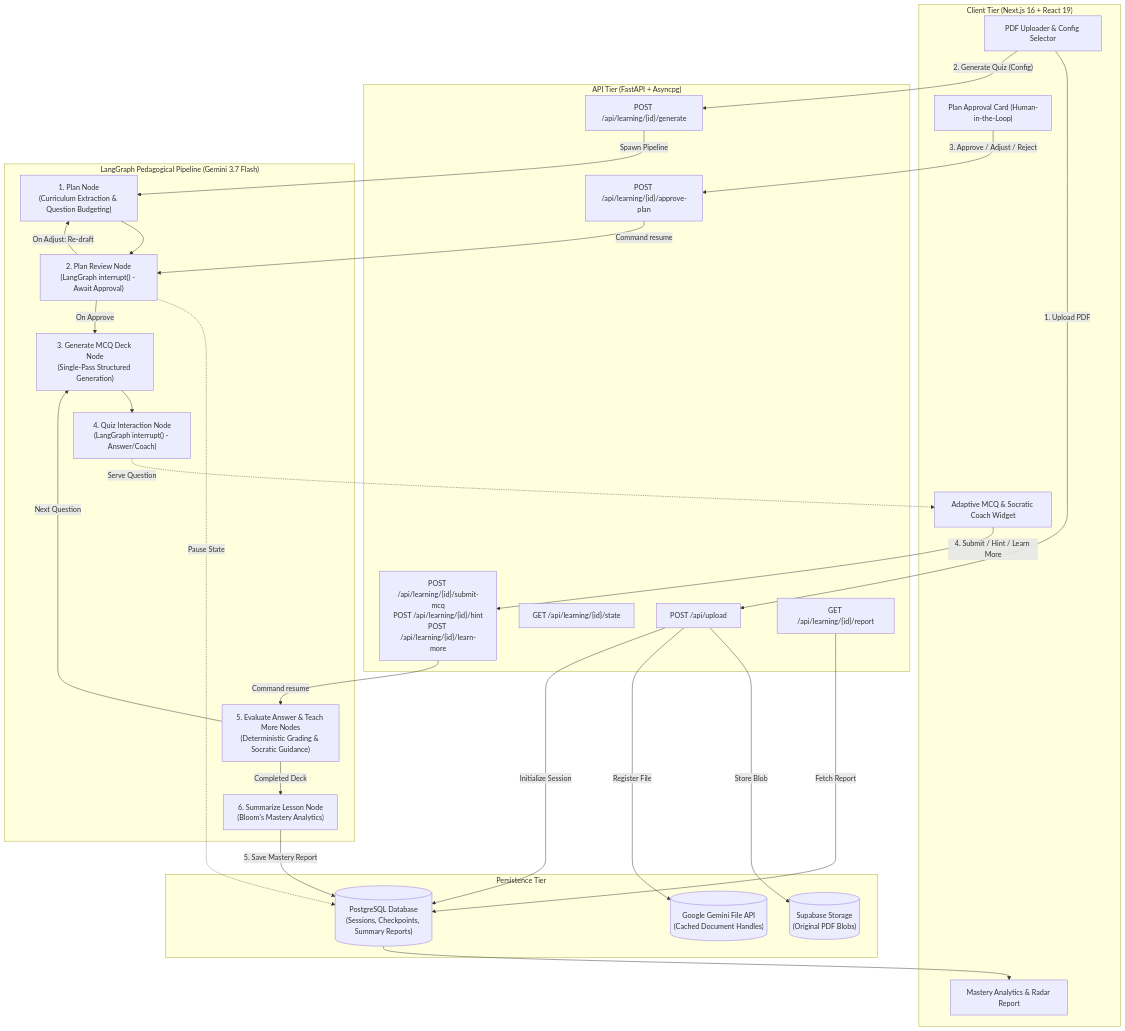
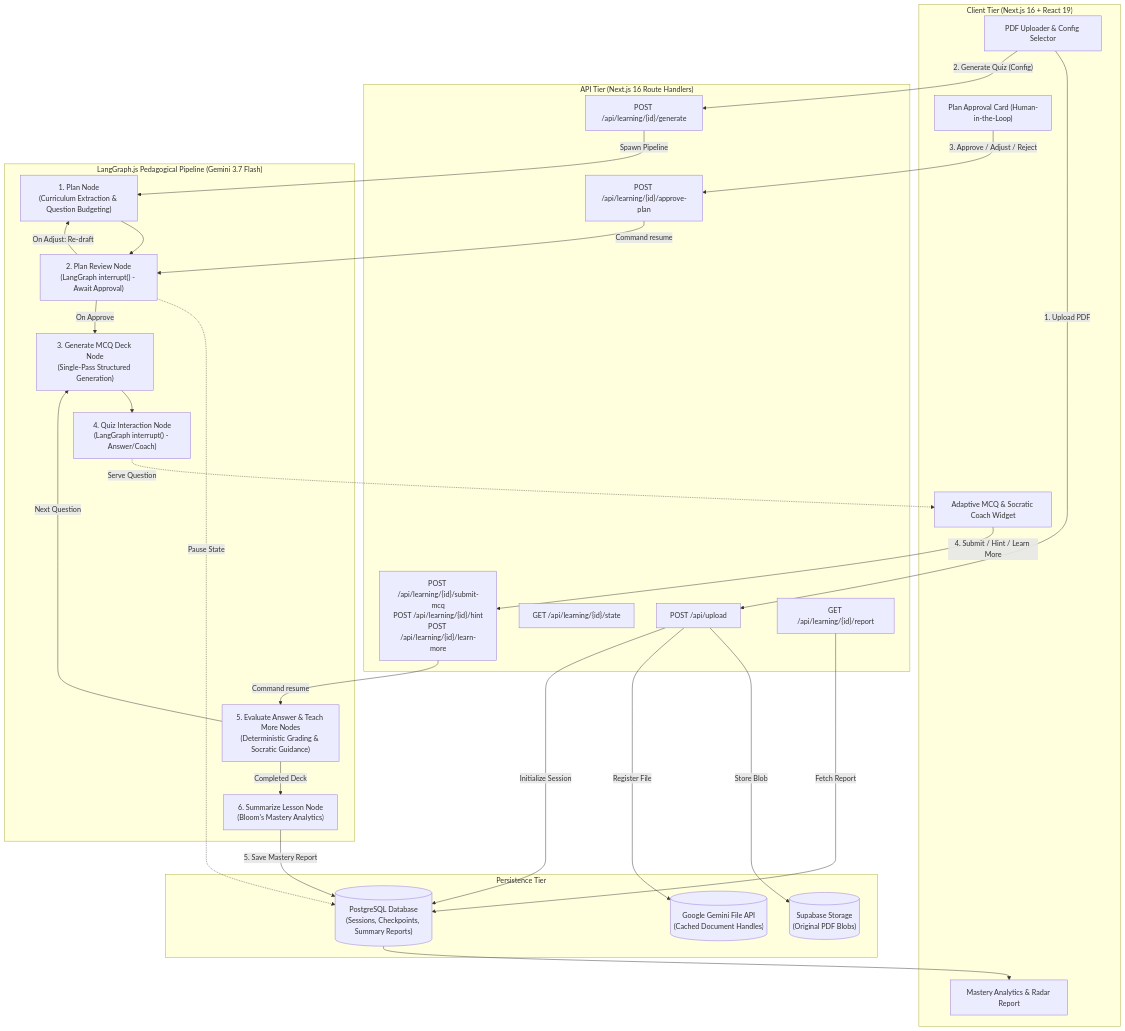
The diagram in README.md (Kaos599/QuizLoop), drawn with Mermaid before and after one commit. The commit also changed other lines of this file and 86 other files, not shown here.

First line of the commit message:
feat: migrate backend from Python/FastAPI to native TypeScript (Next.js route handlers + LangGraph.js)

````diff
--- a/README.md
+++ b/README.md
@@ -36,58 +36,58 @@
 ```mermaid
 flowchart TD
     subgraph Client ["Client Tier (Next.js 16 + React 19)"]
         UploadUI["PDF Uploader & Config Selector"]
         HITL["Plan Approval Card (Human-in-the-Loop)"]
         QuizUI["Adaptive MCQ & Socratic Coach Widget"]
         MasteryUI["Mastery Analytics & Radar Report"]
     end
 
-    subgraph Backend ["API Tier (FastAPI + Asyncpg)"]
+    subgraph Backend ["API Tier (Next.js 16 Route Handlers)"]
         UploadAPI["POST /api/upload"]
         GenerateAPI["POST /api/learning/{id}/generate"]
         StateAPI["GET /api/learning/{id}/state"]
         ApprovalAPI["POST /api/learning/{id}/approve-plan"]
         QuizAPI["POST /api/learning/{id}/submit-mcq\nPOST /api/learning/{id}/hint\nPOST /api/learning/{id}/learn-more"]
         ReportAPI["GET /api/learning/{id}/report"]
     end
 
-    subgraph Pipeline ["LangGraph Pedagogical Pipeline (Gemini 3.7 Flash)"]
+    subgraph Pipeline ["LangGraph.js Pedagogical Pipeline (Gemini 3.7 Flash)"]
         PlanNode["1. Plan Node\n(Curriculum Extraction & Question Budgeting)"]
         Interrupt1["2. Plan Review Node\n(LangGraph interrupt() - Await Approval)"]
         DeckNode["3. Generate MCQ Deck Node\n(Single-Pass Structured Generation)"]
         Interrupt2["4. Quiz Interaction Node\n(LangGraph interrupt() - Answer/Coach)"]
         EvalNode["5. Evaluate Answer & Teach More Nodes\n(Deterministic Grading & Socratic Guidance)"]
         SummaryNode["6. Summarize Lesson Node\n(Bloom's Mastery Analytics)"]
     end
 
     subgraph Storage ["Persistence Tier"]
         Postgres[("PostgreSQL Database\n(Sessions, Checkpoints, Summary Reports)")]
         SupabaseStorage[("Supabase Storage\n(Original PDF Blobs)")]
         GeminiFileAPI[("Google Gemini File API\n(Cached Document Handles)")]
     end
 
     UploadUI -->|"1. Upload PDF"| UploadAPI
     UploadAPI -->|"Store Blob"| SupabaseStorage
     UploadAPI -->|"Register File"| GeminiFileAPI
     UploadAPI -->|"Initialize Session"| Postgres
     UploadUI -->|"2. Generate Quiz (Config)"| GenerateAPI
     GenerateAPI -->|"Spawn Pipeline"| PlanNode
 
     PlanNode --> Interrupt1
     Interrupt1 -.->|"Pause State"| Postgres
     HITL -->|"3. Approve / Adjust / Reject"| ApprovalAPI
     ApprovalAPI -->|"Command resume"| Interrupt1
     Interrupt1 -->|"On Adjust: Re-draft"| PlanNode
     Interrupt1 -->|"On Approve"| DeckNode
 
     DeckNode --> Interrupt2
     Interrupt2 -.->|"Serve Question"| QuizUI
     QuizUI -->|"4. Submit / Hint / Learn More"| QuizAPI
     QuizAPI -->|"Command resume"| EvalNode
     EvalNode -->|"Next Question"| DeckNode
     EvalNode -->|"Completed Deck"| SummaryNode
 
     SummaryNode -->|"5. Save Mastery Report"| Postgres
     ReportAPI -->|"Fetch Report"| Postgres
     Postgres --> MasteryUI
 ```
````
